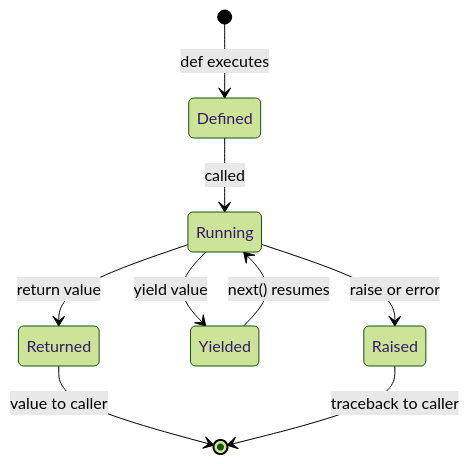
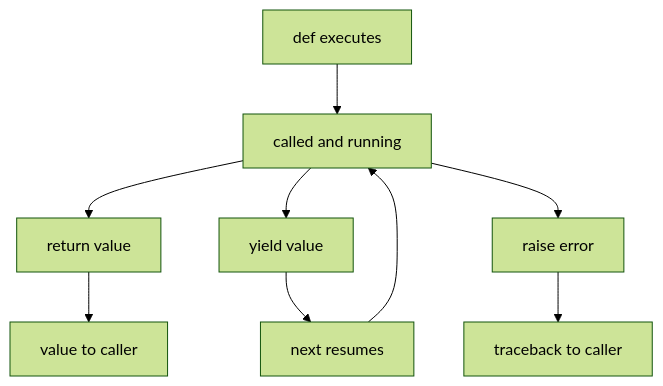
The second of 2 diagrams in docs/learning/03-functions-def.md (AslamNazeerShaikh/Python-Material), drawn with Mermaid (forest theme) before and after one commit. The commit also changed other lines of this file and 16 other files, not shown here.

Commit message:
docs(learning): rebuild all mermaid in safe subset

````diff
--- a/docs/learning/03-functions-def.md
+++ b/docs/learning/03-functions-def.md
@@ -89,11 +89,19 @@
 ```mermaid
-stateDiagram-v2
-    [*] --> Defined : def executes
-    Defined --> Running : called
-    Running --> Returned : return value
-    Running --> Yielded : yield value
-    Yielded --> Running : next() resumes
-    Running --> Raised : raise or error
-    Returned --> [*] : value to caller
-    Raised --> [*] : traceback to caller
+flowchart TD
+    DEFN[def executes]
+    RUNN[called and running]
+    RET[return value]
+    YLD[yield value]
+    RESUME[next resumes]
+    RAISE[raise error]
+    OUT[value to caller]
+    TRACE[traceback to caller]
+    DEFN --> RUNN
+    RUNN --> RET
+    RUNN --> YLD
+    YLD --> RESUME
+    RESUME --> RUNN
+    RUNN --> RAISE
+    RET --> OUT
+    RAISE --> TRACE
 ```
````
